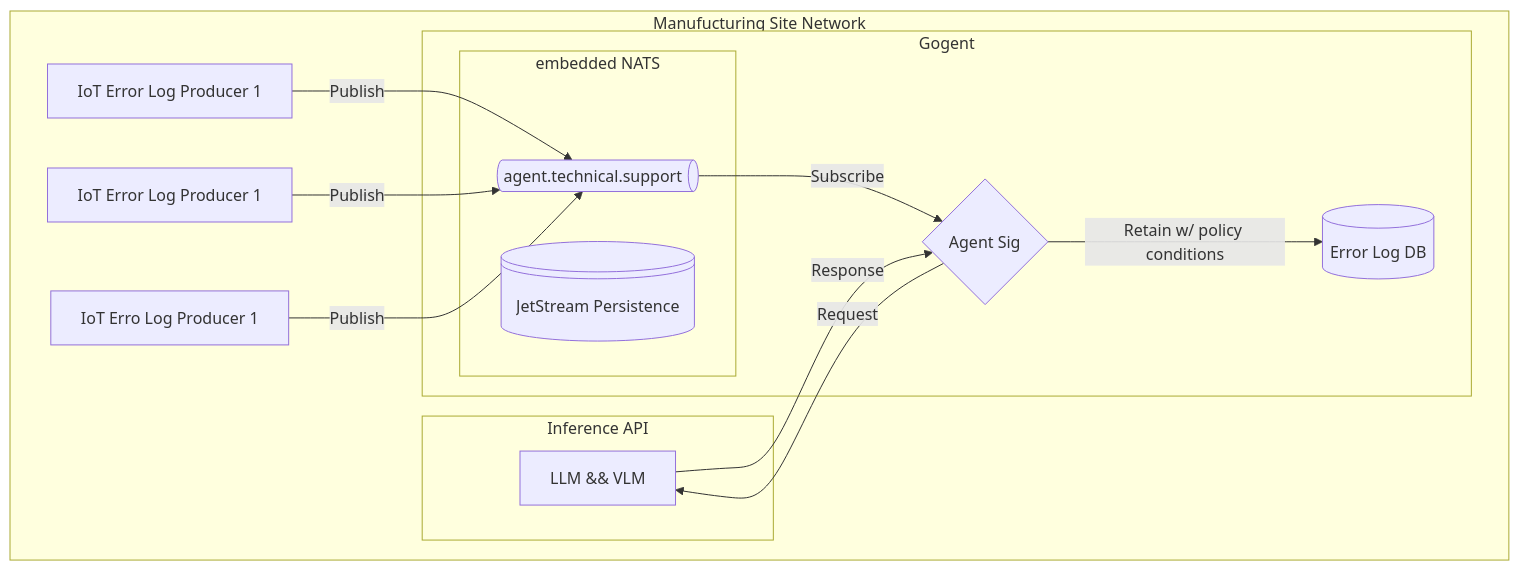
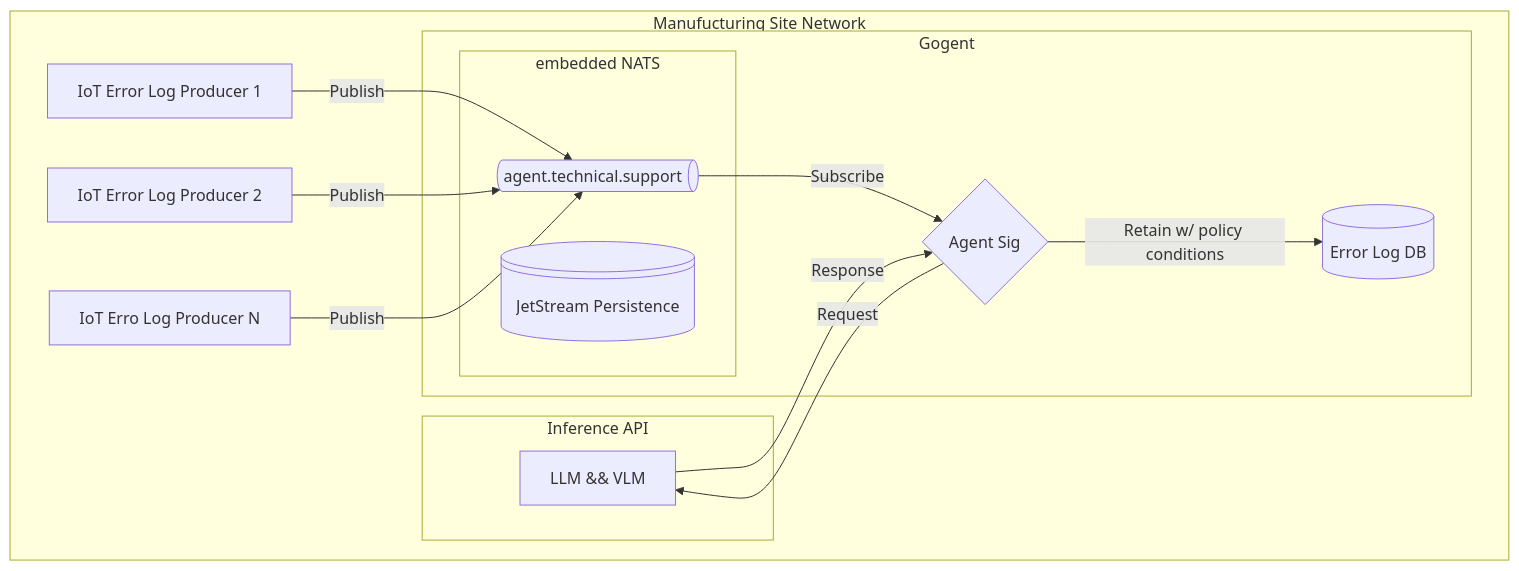
The diagram in README.md (tobalo/gogent), drawn with Mermaid before and after one commit.

Commit message:
design: add edge network box

````diff
--- a/README.md
+++ b/README.md
@@ -14,22 +14,21 @@
 ```mermaid
 flowchart
 subgraph Manufucturing Site Network
     S[IoT Error Log Producer 1] -->|Publish| Z
-    T[IoT Error Log Producer 1] -->|Publish| Z
-    Y[IoT Erro Log Producer 1] -->|Publish| Z
+    T[IoT Error Log Producer 2] -->|Publish| Z
+    Y[IoT Erro Log Producer N] -->|Publish| Z
     subgraph Gogent
         subgraph embedded NATS
             Z@{ shape: das, label: "agent.technical.support" }
             U@{ shape: lin-cyl, label: "JetStream Persistence" }
         end
         Z -->|Subscribe| A{Agent Sig}
         E[(Error Log DB)]
         A --> |Retain w/ policy conditions| E
     end
     subgraph Inference API
         A -->|Request| L[LLM && VLM]
         L -->|Response| A
     end
 end
-  
 ```
````
